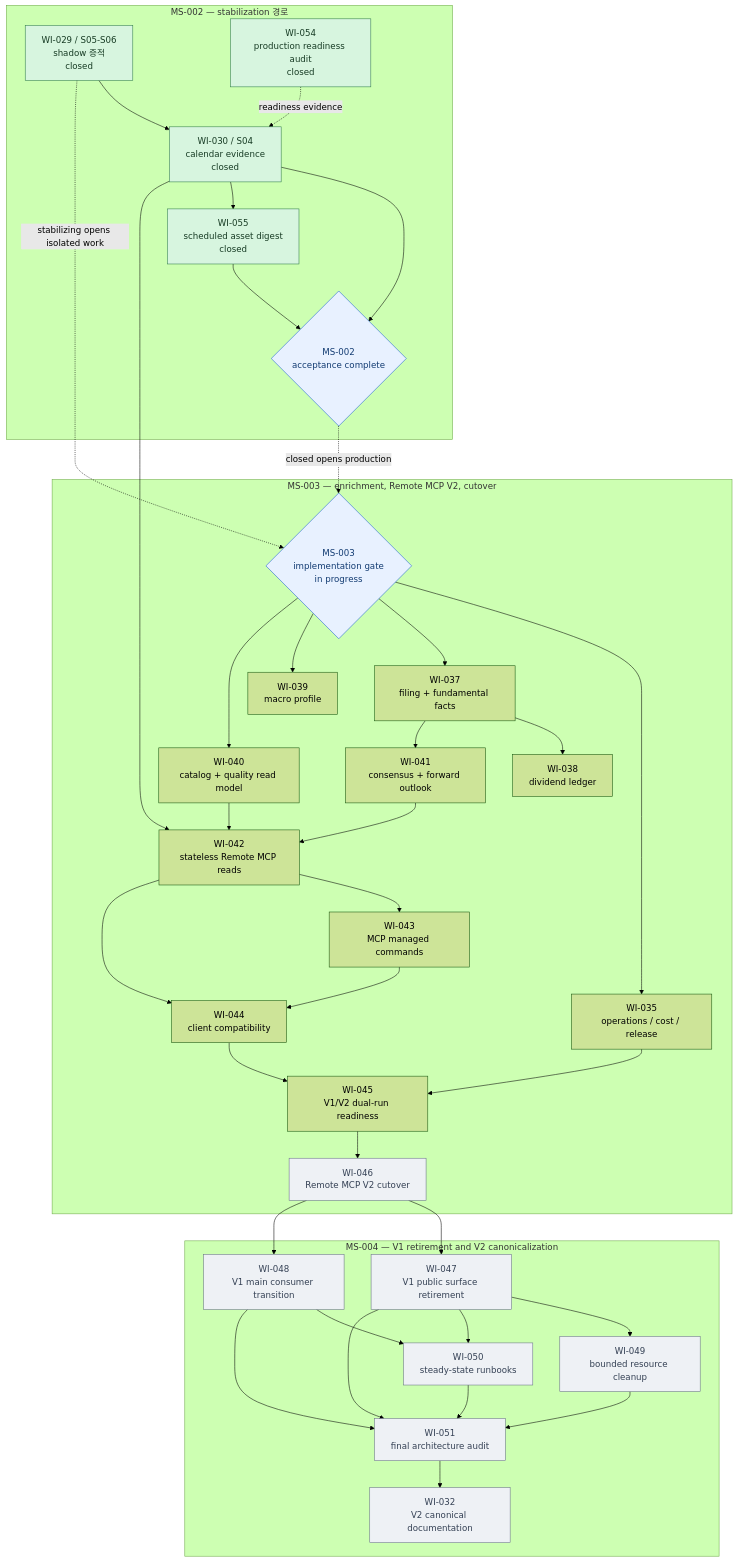
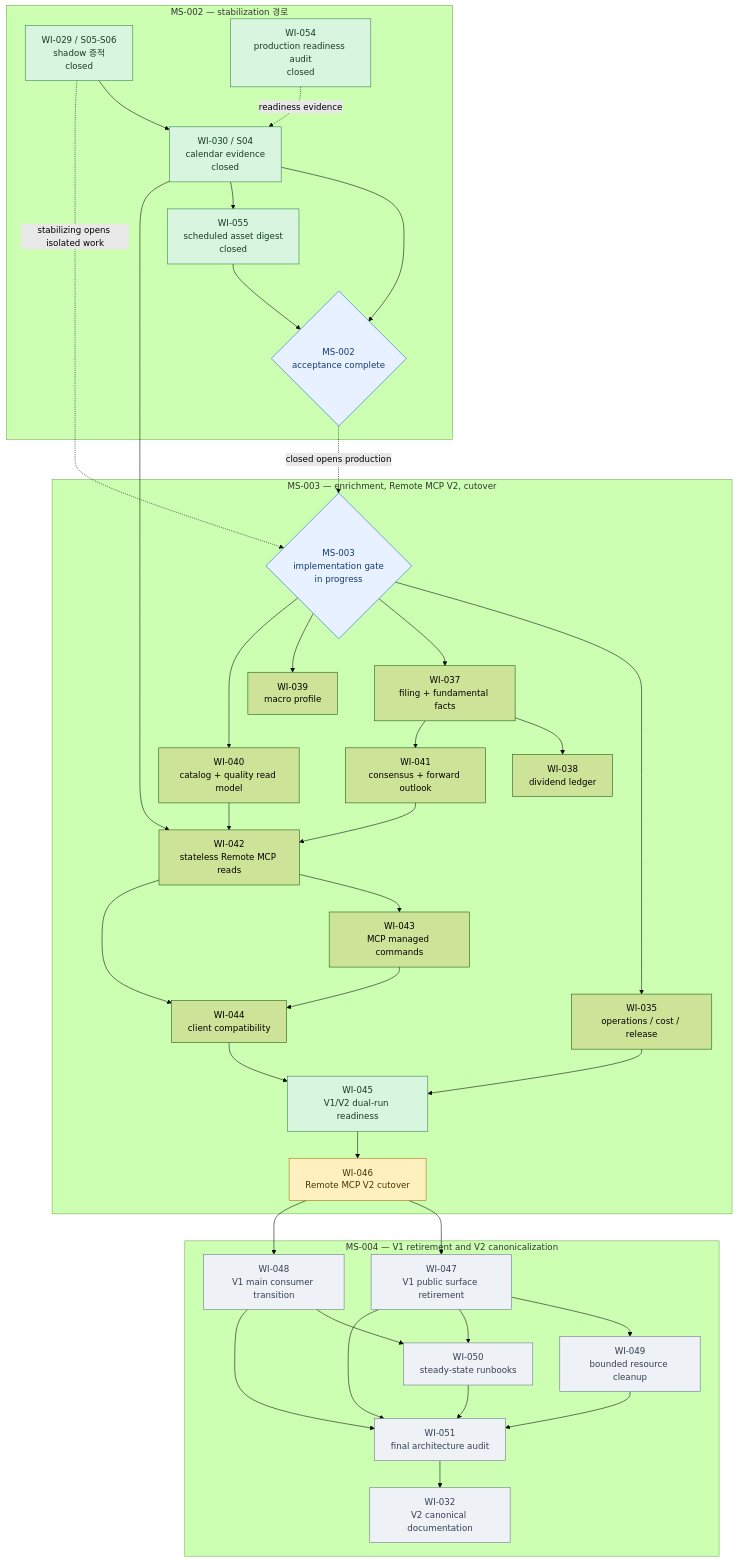
The third of 3 diagrams in docs/milestones/README.md (meringue5/KIS_Portfolio_MCP), drawn with Mermaid (forest theme) before and after one commit. The commit also changed other lines of this file and 3 other files, not shown here.

````diff
--- a/docs/milestones/README.md
+++ b/docs/milestones/README.md
@@ -143,79 +143,80 @@
 ```mermaid
 flowchart TB
     subgraph M2["MS-002 — stabilization 경로"]
         W29["WI-029 / S05-S06<br/>shadow 증적<br/>closed"]
         W30["WI-030 / S04<br/>calendar evidence<br/>closed"]
         W54["WI-054<br/>production readiness audit<br/>closed"]
         W55["WI-055<br/>scheduled asset digest<br/>closed"]
         M2DONE{"MS-002<br/>acceptance complete"}
         W29 --> W30 --> M2DONE
         W30 --> W55 --> M2DONE
         W54 -. readiness evidence .-> W30
     end
 
     subgraph M3["MS-003 — enrichment, Remote MCP V2, cutover"]
         M3OPEN{"MS-003<br/>implementation gate<br/>in progress"}
         W35["WI-035<br/>operations / cost / release"]
         W37["WI-037<br/>filing + fundamental facts"]
         W38["WI-038<br/>dividend ledger"]
         W39["WI-039<br/>macro profile"]
         W40["WI-040<br/>catalog + quality read model"]
         W41["WI-041<br/>consensus + forward outlook"]
         W42["WI-042<br/>stateless Remote MCP reads"]
         W43["WI-043<br/>MCP managed commands"]
         W44["WI-044<br/>client compatibility"]
         W45["WI-045<br/>V1/V2 dual-run readiness"]
         W46["WI-046<br/>Remote MCP V2 cutover"]
 
         M3OPEN --> W35
         M3OPEN --> W37
         M3OPEN --> W39
         M3OPEN --> W40
         W37 --> W38
         W37 --> W41
         W30 --> W42
         W40 --> W42
         W41 --> W42
         W42 --> W43
         W42 --> W44
         W43 --> W44
         W35 --> W45
         W44 --> W45 --> W46
     end
 
     subgraph M4["MS-004 — V1 retirement and V2 canonicalization"]
         W47["WI-047<br/>V1 public surface retirement"]
         W48["WI-048<br/>V1 main consumer transition"]
         W49["WI-049<br/>bounded resource cleanup"]
         W50["WI-050<br/>steady-state runbooks"]
         W51["WI-051<br/>final architecture audit"]
         W32["WI-032<br/>V2 canonical documentation"]
 
         W46 --> W47
         W46 --> W48
         W47 --> W49
         W47 --> W50
         W48 --> W50
         W47 --> W51
         W48 --> W51
         W49 --> W51
         W50 --> W51
         W51 --> W32
     end
 
     W29 -. stabilizing opens isolated work .-> M3OPEN
     M2DONE -. closed opens production .-> M3OPEN
 
     classDef active fill:#fff1bf,stroke:#9a6b00,color:#4b3500;
     classDef closed fill:#d7f5df,stroke:#2d7a46,color:#173b24;
     classDef ready fill:#e8f1ff,stroke:#175cd3,color:#123b72;
     classDef blocked fill:#fde2e2,stroke:#b42318,color:#5b1712;
     classDef proposed fill:#eef1f5,stroke:#667085,color:#344054;
     classDef gate fill:#e8f1ff,stroke:#175cd3,color:#123b72;
     class W29,W30,W54,W55 closed;
     class W35,W40 verified;
     class W37,W38,W39,W41,W42,W43,W44 verified;
-    class W45 verified;
-    class W46,W47,W48,W49,W50,W51,W32 proposed;
+    class W45 closed;
+    class W46 active;
+    class W47,W48,W49,W50,W51,W32 proposed;
     class M2DONE,M3OPEN gate;
 ```
````
